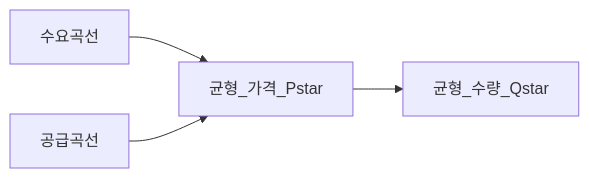
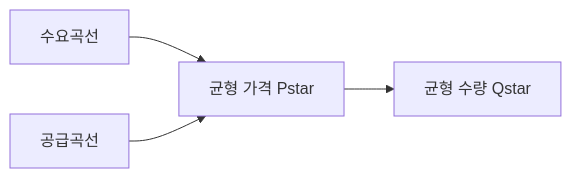
Before and after one commit to goldanghenry/Finances: the first of 2 diagrams in 02-economics/microeconomics-basics.md, drawn with Mermaid. The commit also changed other lines of this file and 211 other files, not shown here.

````diff
--- a/02-economics/microeconomics-basics.md
+++ b/02-economics/microeconomics-basics.md
@@ -117,6 +133,6 @@
 ```mermaid
 flowchart LR
-  D[수요곡선] --> E[균형_가격_Pstar]
+  D[수요곡선] --> E["균형 가격 Pstar"]
   S[공급곡선] --> E
-  E --> Q[균형_수량_Qstar]
+  E --> Q["균형 수량 Qstar"]
 ```
````
